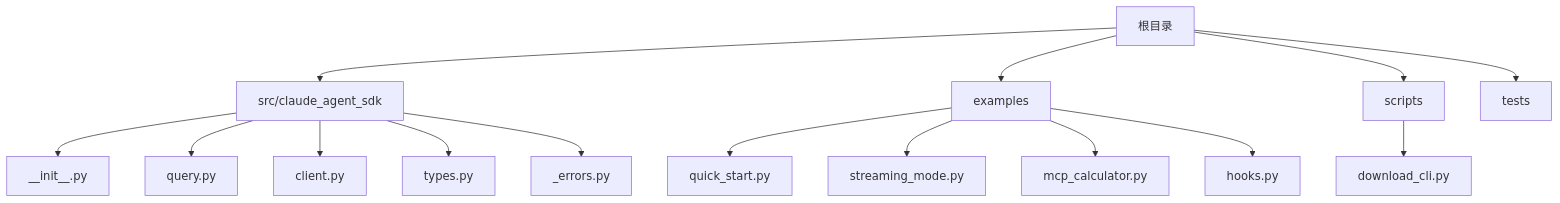
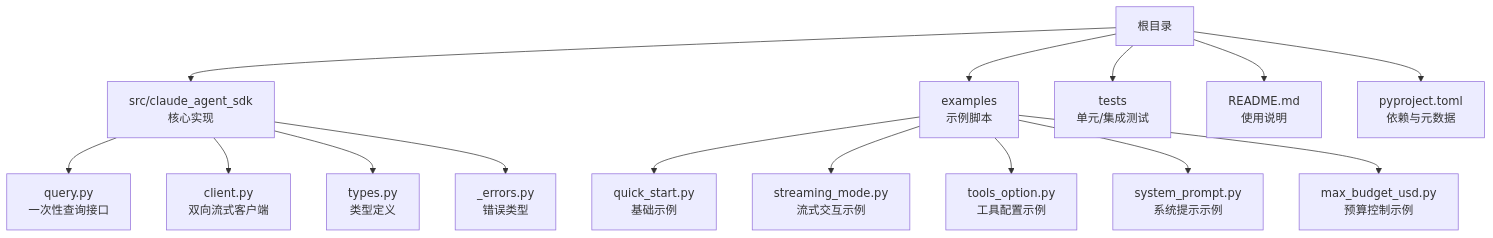
One commit to defulat-coder/claude-agent-sdk-python changed the first of 3 diagrams in .qoder/repowiki/zh/content/快速开始.md. Above: the diagram before and after it, drawn with Mermaid. The commit also changed other lines of this file and 85 other files, not shown here.

````diff
--- a/.qoder/repowiki/zh/content/快速开始.md
+++ b/.qoder/repowiki/zh/content/快速开始.md
@@ -42,17 +43,17 @@
 ```mermaid
 graph TB
-A["根目录"] --> B["src/claude_agent_sdk"]
-A --> C["examples"]
-A --> D["scripts"]
-A --> E["tests"]
-B --> B1["__init__.py"]
-B --> B2["query.py"]
-B --> B3["client.py"]
-B --> B4["types.py"]
-B --> B5["_errors.py"]
-C --> C1["quick_start.py"]
-C --> C2["streaming_mode.py"]
-C --> C3["mcp_calculator.py"]
-C --> C4["hooks.py"]
-D --> D1["download_cli.py"]
+A["根目录"] --> B["src/claude_agent_sdk<br/>核心实现"]
+A --> C["examples<br/>示例脚本"]
+A --> D["tests<br/>单元/集成测试"]
+A --> E["README.md<br/>使用说明"]
+A --> F["pyproject.toml<br/>依赖与元数据"]
+B --> B1["query.py<br/>一次性查询接口"]
+B --> B2["client.py<br/>双向流式客户端"]
+B --> B3["types.py<br/>类型定义"]
+B --> B4["_errors.py<br/>错误类型"]
+C --> C1["quick_start.py<br/>基础示例"]
+C --> C2["streaming_mode.py<br/>流式交互示例"]
+C --> C3["tools_option.py<br/>工具配置示例"]
+C --> C4["system_prompt.py<br/>系统提示示例"]
+C --> C5["max_budget_usd.py<br/>预算控制示例"]
 ```
````
